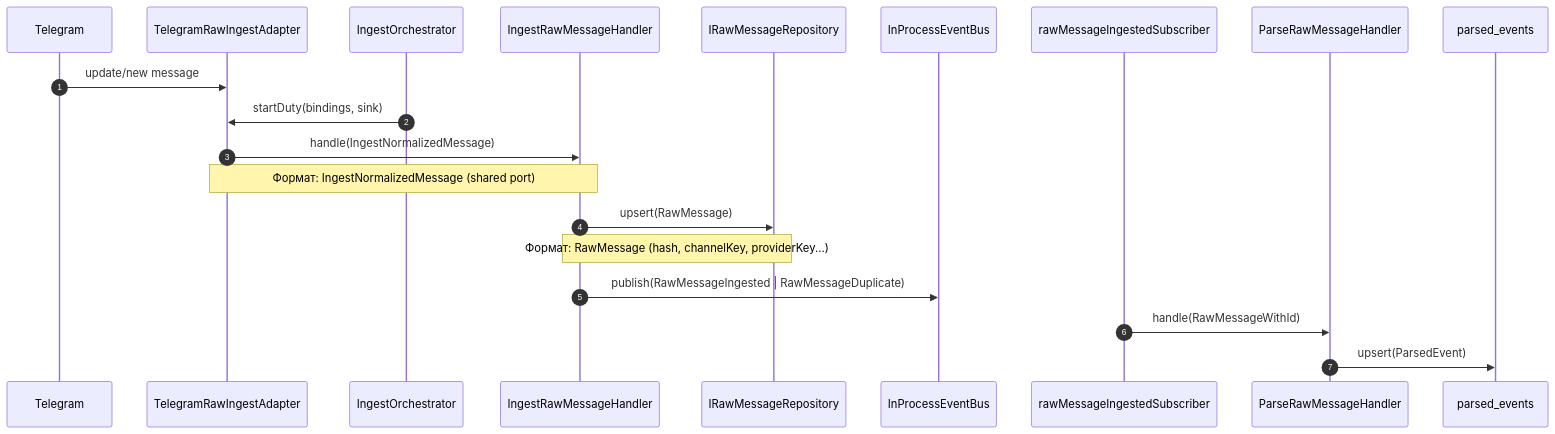
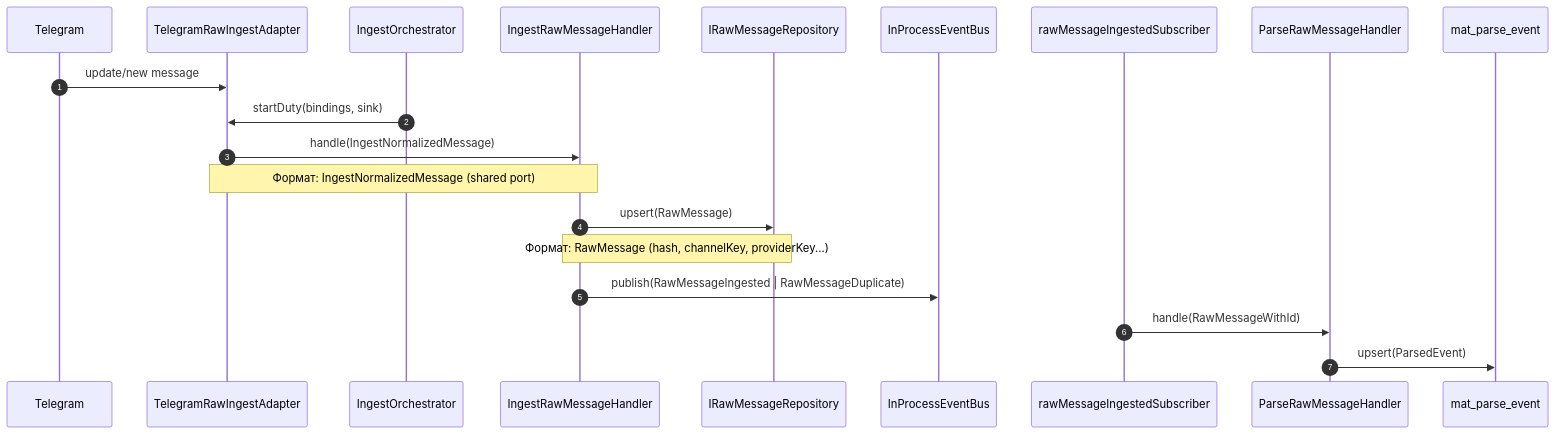
The second of 4 diagrams in docs/architecture-layers-and-wiring.md (exclusiveLogin/radar), drawn with Mermaid before and after one commit. The commit also changed other lines of this file and 312 other files, not shown here.

````diff
--- a/docs/architecture-layers-and-wiring.md
+++ b/docs/architecture-layers-and-wiring.md
@@ -95,23 +95,23 @@
 ```mermaid
 sequenceDiagram
   autonumber
   participant TG as Telegram
   participant AD as TelegramRawIngestAdapter
   participant OR as IngestOrchestrator
   participant IRH as IngestRawMessageHandler
   participant RAW as IRawMessageRepository
   participant BUS as InProcessEventBus
   participant SUB as rawMessageIngestedSubscriber
   participant PRS as ParseRawMessageHandler
-  participant PE as parsed_events
+  participant PE as mat_parse_event
 
   TG->>AD: update/new message
   OR->>AD: startDuty(bindings, sink)
   AD->>IRH: handle(IngestNormalizedMessage)
   Note over AD,IRH: Формат: IngestNormalizedMessage (shared port)
   IRH->>RAW: upsert(RawMessage)
   Note over IRH,RAW: Формат: RawMessage (hash, channelKey, providerKey...)
   IRH->>BUS: publish(RawMessageIngested | RawMessageDuplicate)
   SUB->>PRS: handle(RawMessageWithId)
   PRS->>PE: upsert(ParsedEvent)
 ```
````
